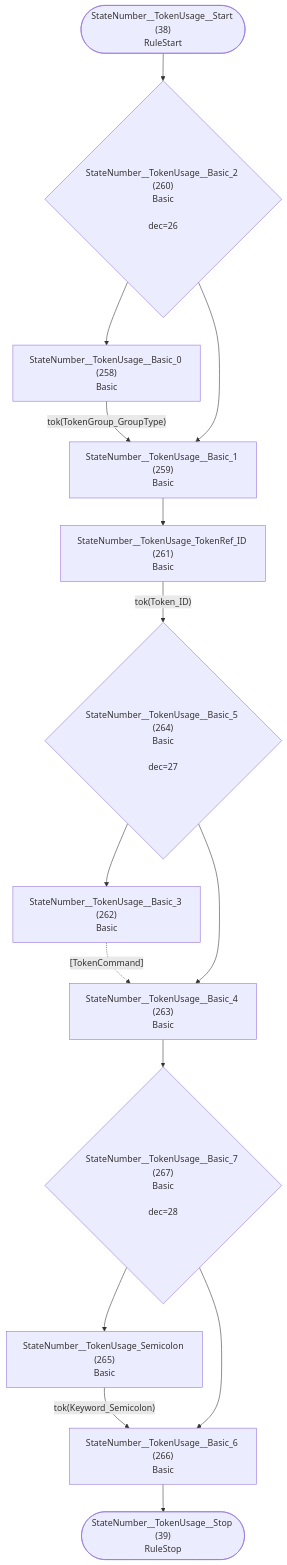
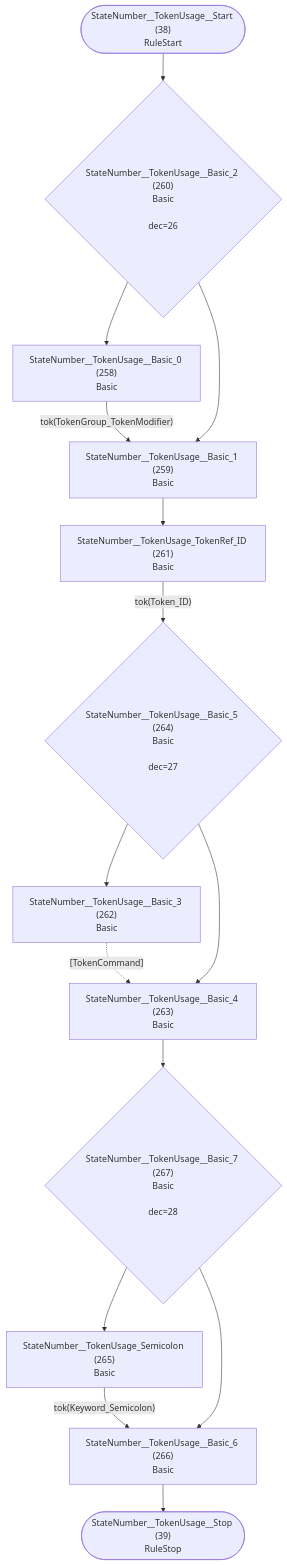
One commit to TypeFox/fastbelt changed diagram 20 of 37 in internal/grammar/atn.md. Above: the diagram before and after it, drawn with Mermaid. The commit also changed other lines of this file and 8 other files, not shown here.

Commit message:
Rename GroupType to TokenModifier

````diff
--- a/internal/grammar/atn.md
+++ b/internal/grammar/atn.md
@@ -601,30 +601,30 @@
 ```mermaid
 flowchart TD
     q38(["StateNumber__TokenUsage__Start (38)<br/>RuleStart"])
     q39(["StateNumber__TokenUsage__Stop (39)<br/>RuleStop"])
     q258["StateNumber__TokenUsage__Basic_0 (258)<br/>Basic<br/>"]
     q259["StateNumber__TokenUsage__Basic_1 (259)<br/>Basic<br/>"]
     q260{"StateNumber__TokenUsage__Basic_2 (260)<br/>Basic<br/><br/>dec=26"}
     q261["StateNumber__TokenUsage_TokenRef_ID (261)<br/>Basic<br/>"]
     q262["StateNumber__TokenUsage__Basic_3 (262)<br/>Basic<br/>"]
     q263["StateNumber__TokenUsage__Basic_4 (263)<br/>Basic<br/>"]
     q264{"StateNumber__TokenUsage__Basic_5 (264)<br/>Basic<br/><br/>dec=27"}
     q265["StateNumber__TokenUsage_Semicolon (265)<br/>Basic<br/>"]
     q266["StateNumber__TokenUsage__Basic_6 (266)<br/>Basic<br/>"]
     q267{"StateNumber__TokenUsage__Basic_7 (267)<br/>Basic<br/><br/>dec=28"}
 
     q38 --> q260
-    q258 -->|"tok(TokenGroup_GroupType)"| q259
+    q258 -->|"tok(TokenGroup_TokenModifier)"| q259
     q259 --> q261
     q260 --> q258
     q260 --> q259
     q261 -->|"tok(Token_ID)"| q264
     q262 -.->|"[TokenCommand]"| q263
     q263 --> q267
     q264 --> q262
     q264 --> q263
     q265 -->|"tok(Keyword_Semicolon)"| q266
     q266 --> q39
     q267 --> q265
     q267 --> q266
 ```
````
